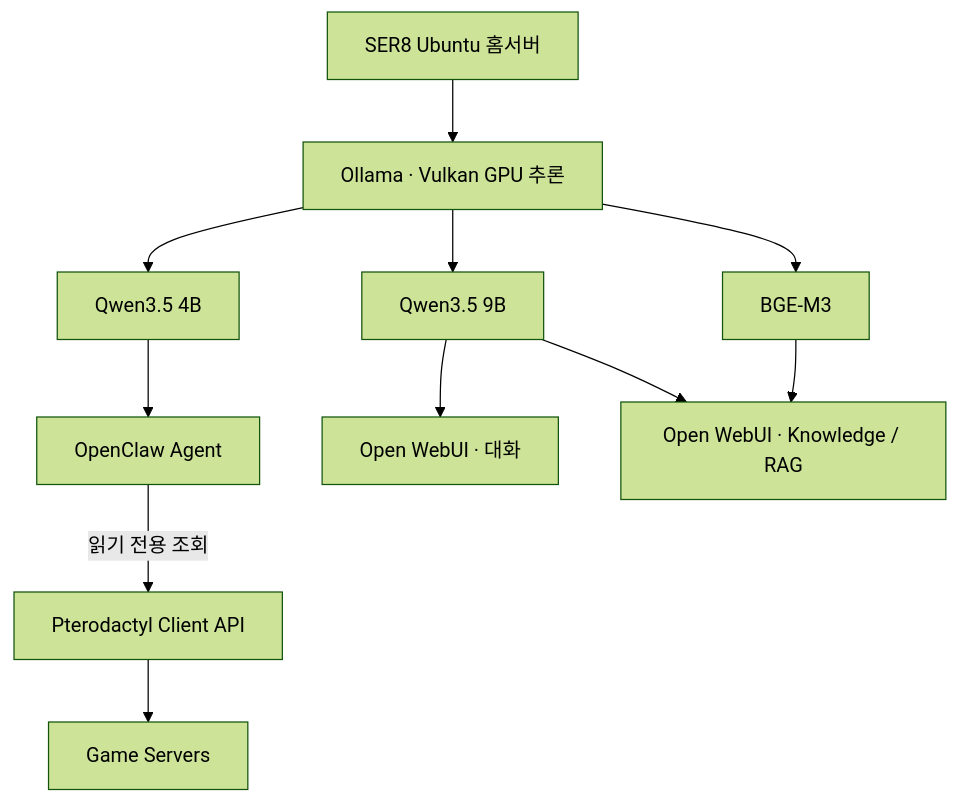
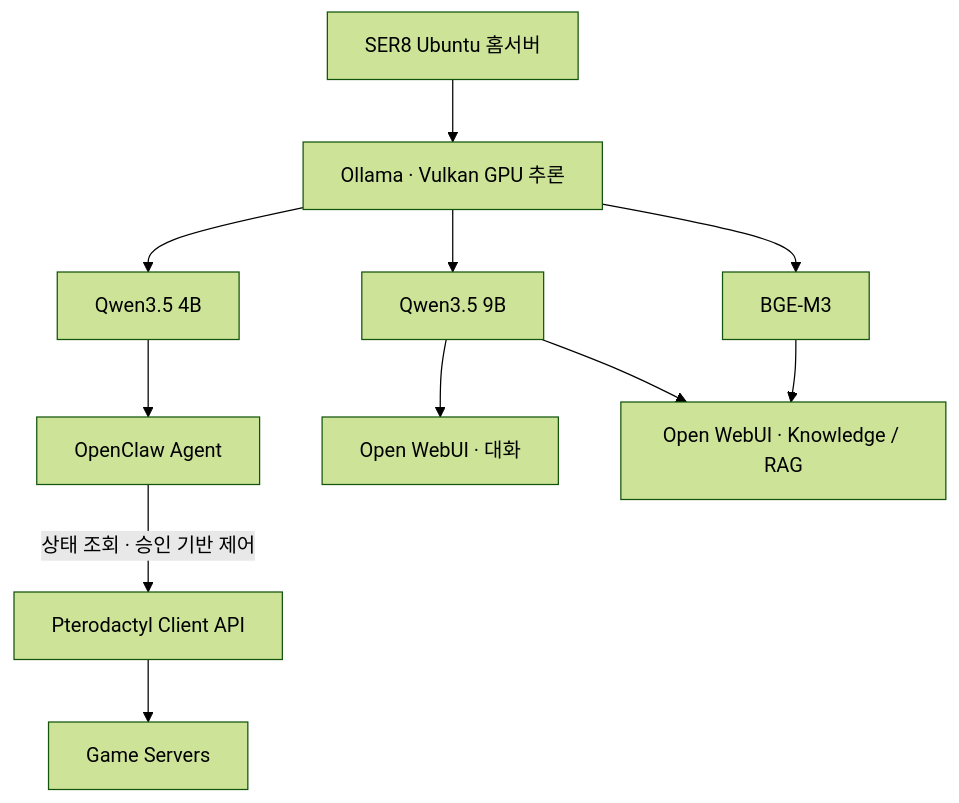
One commit to kosmos-s/local-llm changed the diagram in README.md. Above: the diagram before and after it, drawn with Mermaid (forest theme). The commit also changed other lines of this file and 2 other files, not shown here.

Commit message:
docs: update OpenClaw and Pterodactyl integration

````diff
--- a/README.md
+++ b/README.md
@@ -25,13 +25,13 @@
 ```mermaid
 flowchart TB
     SER8["SER8 Ubuntu 홈서버"] --> Ollama["Ollama · Vulkan GPU 추론"]
     Ollama --> Q4["Qwen3.5 4B"]
     Ollama --> Q9["Qwen3.5 9B"]
     Ollama --> BGE["BGE-M3"]
     Q4 --> OpenClaw["OpenClaw Agent"]
     Q9 --> WebUI["Open WebUI · 대화"]
     Q9 --> RAG["Open WebUI · Knowledge / RAG"]
     BGE --> RAG["Open WebUI · Knowledge / RAG"]
-    OpenClaw -->|읽기 전용 조회| Ptero["Pterodactyl Client API"]
+    OpenClaw -->|상태 조회 · 승인 기반 제어| Ptero["Pterodactyl Client API"]
     Ptero --> Games["Game Servers"]
 ```
````
